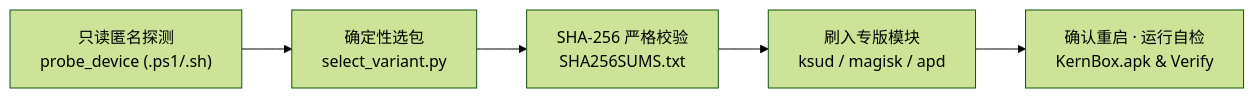
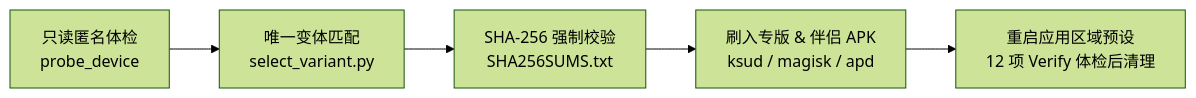
The diagram in README.md (Touka404x/KernBox), drawn with Mermaid (forest theme) before and after one commit. The commit also changed other lines of this file and 5 other files, not shown here.

Commit message:
docs: refocus documentation around core problem, add Mermaid diagrams, TProxy guide, and FAQ

````diff
--- a/README.md
+++ b/README.md
@@ -62,7 +69,7 @@
 ```mermaid
 flowchart LR
-    A["只读匿名探测<br/>probe_device (.ps1/.sh)"] --> B["确定性选包<br/>select_variant.py"]
-    B --> C["SHA-256 严格校验<br/>SHA256SUMS.txt"]
-    C --> D["刷入专版模块<br/>ksud / magisk / apd"]
-    D --> E["确认重启 · 运行自检<br/>KernBox.apk &amp; Verify"]
+    A["只读匿名体检<br/>probe_device"] --> B["唯一变体匹配<br/>select_variant.py"]
+    B --> C["SHA-256 强制校验<br/>SHA256SUMS.txt"]
+    C --> D["刷入专版 &amp; 伴侣 APK<br/>ksud / magisk / apd"]
+    D --> E["重启应用区域预设<br/>12 项 Verify 体检后清理"]
 ```
````
